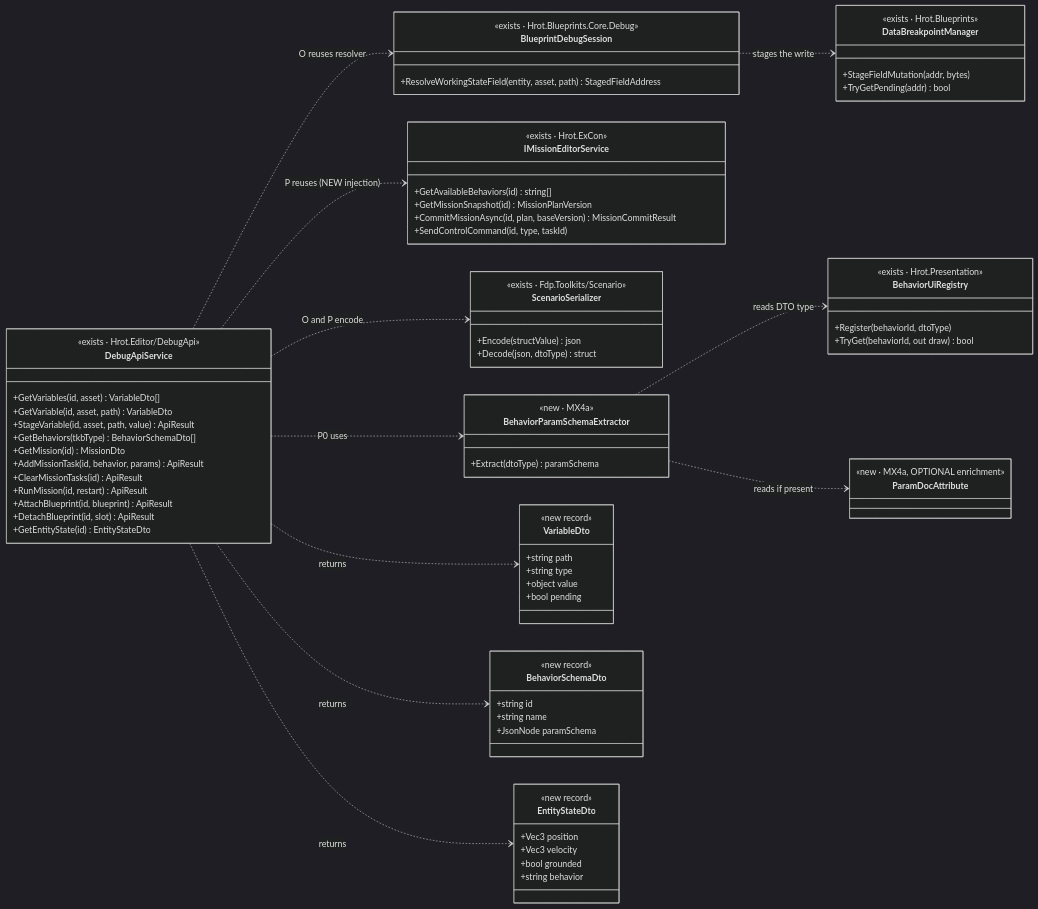
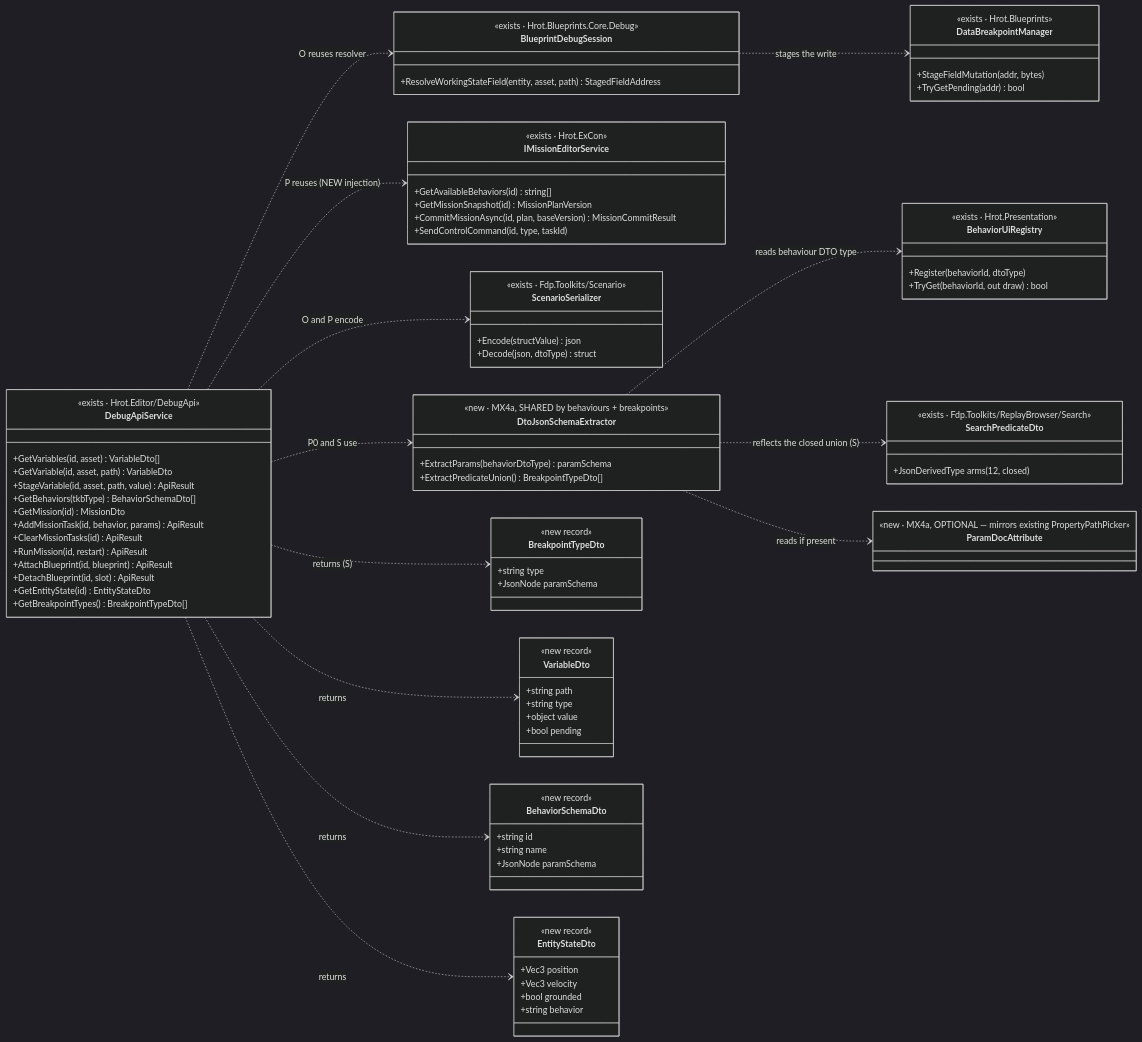
One commit to pjanec/HROT changed the second of 3 diagrams in docs/MCP_Integration.md. Above: the diagram before and after it, drawn with Mermaid (dark theme). The commit also changed other lines of this file, not shown here.

First line of the commit message:
docs(mcp): add Group S — breakpoint-type discovery (set/list already exist; discovery is the gap)

````diff
--- a/docs/MCP_Integration.md
+++ b/docs/MCP_Integration.md
@@ -229,6 +265,7 @@
         +AttachBlueprint(id, blueprint) ApiResult
         +DetachBlueprint(id, slot) ApiResult
         +GetEntityState(id) EntityStateDto
+        +GetBreakpointTypes() BreakpointTypeDto[]
     }
     class BlueprintDebugSession {
         <<exists · Hrot.Blueprints.Core.Debug>>
@@ -256,12 +293,22 @@
         +Encode(structValue) json
         +Decode(json, dtoType) struct
     }
-    class BehaviorParamSchemaExtractor {
-        <<new · MX4a>>
-        +Extract(dtoType) paramSchema
+    class DtoJsonSchemaExtractor {
+        <<new · MX4a, SHARED by behaviours + breakpoints>>
+        +ExtractParams(behaviorDtoType) paramSchema
+        +ExtractPredicateUnion() BreakpointTypeDto[]
+    }
+    class SearchPredicateDto {
+        <<exists · Fdp.Toolkits/ReplayBrowser/Search>>
+        +JsonDerivedType arms (12, closed)
     }
     class ParamDocAttribute {
-        <<new · MX4a, OPTIONAL enrichment>>
+        <<new · MX4a, OPTIONAL — mirrors existing PropertyPathPicker>>
+    }
+    class BreakpointTypeDto {
+        <<new record>>
+        +string type
+        +JsonNode paramSchema
     }
     class VariableDto {
         <<new record>>
@@ -287,11 +334,13 @@
     DebugApiService ..> BlueprintDebugSession : O reuses resolver
     BlueprintDebugSession ..> DataBreakpointManager : stages the write
     DebugApiService ..> IMissionEditorService : P reuses (NEW injection)
-    DebugApiService ..> BehaviorParamSchemaExtractor : P0 uses
-    BehaviorParamSchemaExtractor ..> BehaviorUiRegistry : reads DTO type
-    BehaviorParamSchemaExtractor ..> ParamDocAttribute : reads if present
+    DebugApiService ..> DtoJsonSchemaExtractor : P0 and S use
+    DtoJsonSchemaExtractor ..> BehaviorUiRegistry : reads behaviour DTO type
+    DtoJsonSchemaExtractor ..> SearchPredicateDto : reflects the closed union (S)
+    DtoJsonSchemaExtractor ..> ParamDocAttribute : reads if present
     DebugApiService ..> ScenarioSerializer : O and P encode
     DebugApiService ..> VariableDto : returns
     DebugApiService ..> BehaviorSchemaDto : returns
     DebugApiService ..> EntityStateDto : returns
+    DebugApiService ..> BreakpointTypeDto : returns (S)
 ```
````
